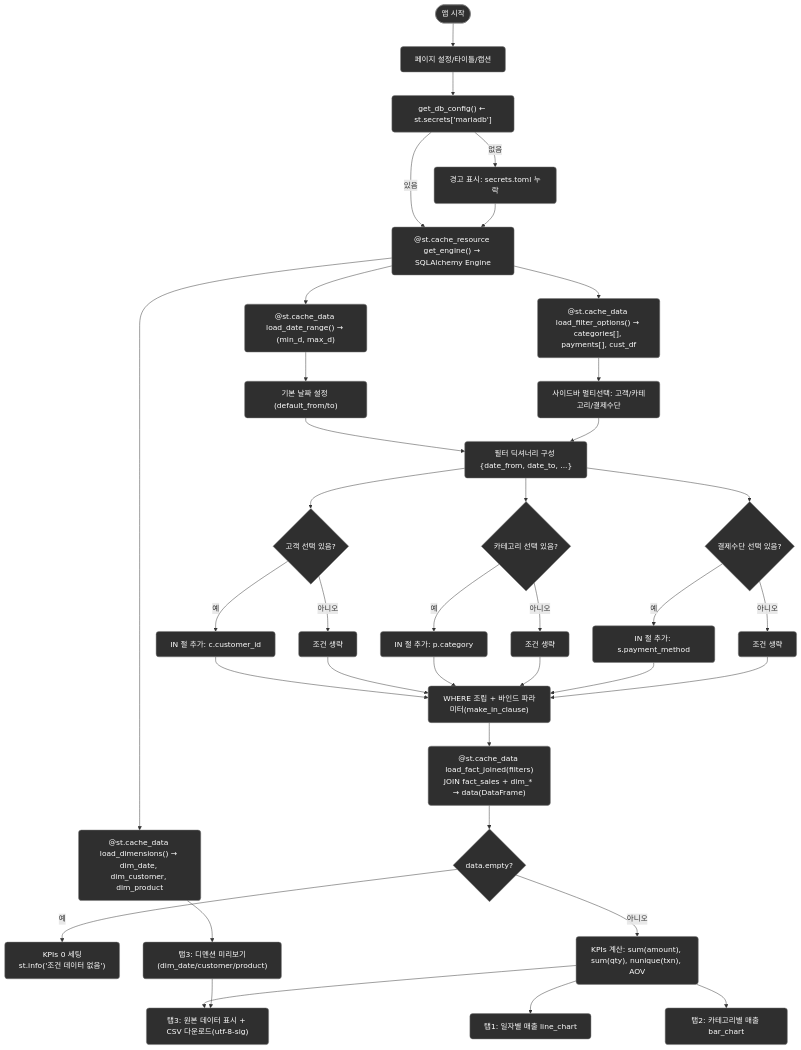
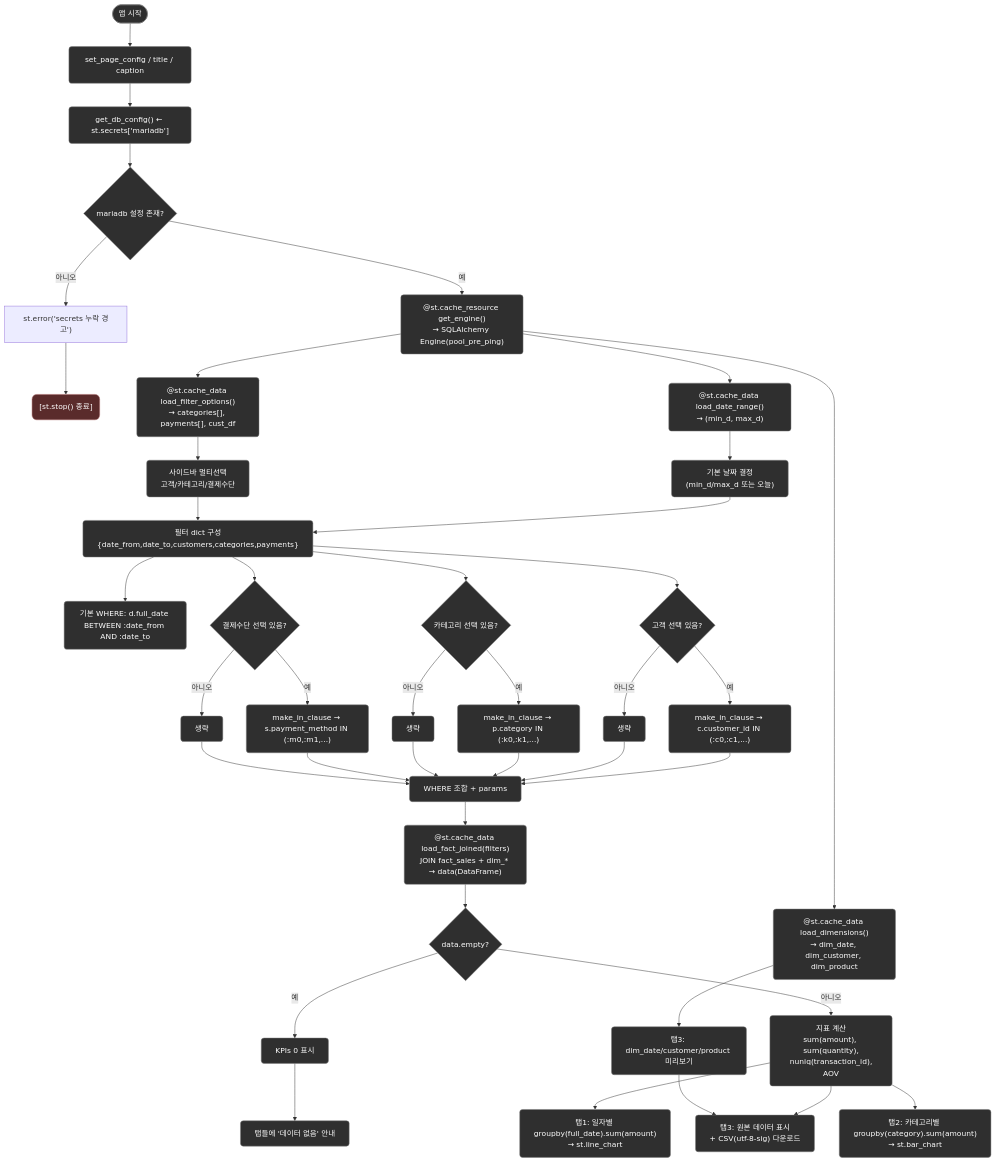
Before and after one commit to nyangdev/star-schema-sales-dashboard: the diagram in README.md, drawn with Mermaid.

````diff
--- a/README.md
+++ b/README.md
@@ -4,57 +4,61 @@
 ``` mermaid
 flowchart TD
   %% ---------- Start / Setup ----------
-  A([앱 시작]) --> B[페이지 설정/타이틀/캡션]
+  A([앱 시작]) --> B[set_page_config / title / caption]
   B --> C["get_db_config() ← st.secrets['mariadb']"]
-  C -->|있음| D["@st.cache_resource get_engine() → SQLAlchemy Engine"]
-  C -->|없음| C1[경고 표시: secrets.toml 누락] --> D
+  C --> D{mariadb 설정 존재?}
+  D -- 예 --> E["@st.cache_resource get_engine()\n→ SQLAlchemy Engine(pool_pre_ping)"]
+  D -- 아니오 --> D1["st.error('secrets 누락 경고')"] --> D2("[st.stop() 종료]")
 
   %% ---------- Cached loads ----------
-  D --> E["@st.cache_data load_dimensions() → dim_date, dim_customer, dim_product"]
-  D --> F["@st.cache_data load_date_range() → (min_d, max_d)"]
-  D --> G["@st.cache_data load_filter_options() → categories[], payments[], cust_df"]
+  E --> F["@st.cache_data load_dimensions()\n→ dim_date, dim_customer, dim_product"]
+  E --> G["@st.cache_data load_date_range()\n→ (min_d, max_d)"]
+  E --> H["@st.cache_data load_filter_options()\n→ categories[], payments[], cust_df"]
 
   %% ---------- Sidebar / Filters ----------
-  F --> H["기본 날짜 설정 (default_from/to)"]
-  G --> I[사이드바 멀티선택: 고객/카테고리/결제수단]
-  H --> J["필터 딕셔너리 구성 {date_from, date_to, ...}"]
-  I --> J
+  G --> I["기본 날짜 결정\n(min_d/max_d 또는 오늘)"]
+  H --> J[사이드바 멀티선택\n고객/카테고리/결제수단]
+  I --> K["필터 dict 구성\n{date_from,date_to,customers,categories,payments}"]
+  J --> K
 
   %% ---------- Dynamic WHERE + IN ----------
-  J --> K{고객 선택 있음?}
-  K -- 예 --> K1[IN 절 추가: c.customer_id]
-  K -- 아니오 --> K2[조건 생략]
+  K --> L[기본 WHERE: d.full_date BETWEEN :date_from AND :date_to]
+  K --> M{고객 선택 있음?}
+  M -- 예 --> M1["make_in_clause → c.customer_id IN (:c0,:c1,...)"]
+  M -- 아니오 --> M2[생략]
+  K --> N{카테고리 선택 있음?}
+  N -- 예 --> N1["make_in_clause → p.category IN (:k0,:k1,...)"]
+  N -- 아니오 --> N2[생략]
+  K --> O{결제수단 선택 있음?}
+  O -- 예 --> O1["make_in_clause → s.payment_method IN (:m0,:m1,...)"]
+  O -- 아니오 --> O2[생략]
 
-  J --> L{카테고리 선택 있음?}
-  L -- 예 --> L1[IN 절 추가: p.category]
-  L -- 아니오 --> L2[조건 생략]
-
-  J --> M{결제수단 선택 있음?}
-  M -- 예 --> M1[IN 절 추가: s.payment_method]
-  M -- 아니오 --> M2[조건 생략]
-
-  K1 --> N
-  K2 --> N
-  L1 --> N
-  L2 --> N
-  M1 --> N
-  M2 --> N
-  N["WHERE 조립 + 바인드 파라미터(make_in_clause)"] --> O["@st.cache_data load_fact_joined(filters)\nJOIN fact_sales + dim_* → data(DataFrame)"]
+  M1 --> P
+  M2 --> P
+  N1 --> P
+  N2 --> P
+  O1 --> P
+  O2 --> P
+  P[WHERE 조합 + params] --> Q["@st.cache_data load_fact_joined(filters)\nJOIN fact_sales + dim_* → data(DataFrame)"]
 
   %% ---------- KPIs & Tabs ----------
-  O --> P{data.empty?}
-  P -- 예 --> Q["KPIs 0 세팅\nst.info('조건 데이터 없음')"]
-  P -- 아니오 --> R["KPIs 계산: sum(amount), sum(qty), nunique(txn), AOV"]
-  R --> S[탭1: 일자별 매출 line_chart]
-  R --> T[탭2: 카테고리별 매출 bar_chart]
-  R --> U["탭3: 원본 데이터 표시 + CSV 다운로드(utf-8-sig)"]
-  E --> V["탭3: 디멘션 미리보기(dim_date/customer/product)"]
-  V --> U
+  Q --> R{data.empty?}
+  R -- 예 --> R1[KPIs 0 표시] --> R2[탭들에 '데이터 없음' 안내]
+  R -- 아니오 --> S["지표 계산\nsum(amount), sum(quantity),\n nuniq(transaction_id), AOV"]
+  S --> T["탭1: 일자별 groupby(full_date).sum(amount)\n→ st.line_chart"]
+  S --> U["탭2: 카테고리별 groupby(category).sum(amount)\n→ st.bar_chart"]
+  S --> V["탭3: 원본 데이터 표시\n+ CSV(utf-8-sig) 다운로드"]
+  F --> W[탭3: dim_date/customer/product 미리보기]
+  W --> V
 
-  %% ---------- Styles (dark-ish boxes like screenshot) ----------
+  %% ---------- Styles (dark-ish) ----------
   classDef step fill:#2f2f2f,stroke:#7a7a7a,color:#fff,rx:6,ry:6;
   classDef decision fill:#2f2f2f,stroke:#7a7a7a,color:#fff,rx:4,ry:4;
-  class A,B,C,C1,D,E,F,G,H,I,J,K1,K2,L1,L2,M1,M2,N,O,Q,R,S,T,U,V step;
-  class K,L,M,P decision;
+  classDef stop fill:#5a2b2b,stroke:#aa6666,color:#fff,rx:10,ry:10;
+
+  class A,B,C,E,F,G,H,I,J,K,L,M1,M2,N1,N2,O1,O2,P,Q,R1,R2,S,T,U,V,W step;
+  class D,M,N,O,R decision;
+  class D2 stop;
+
 
 ```
````
